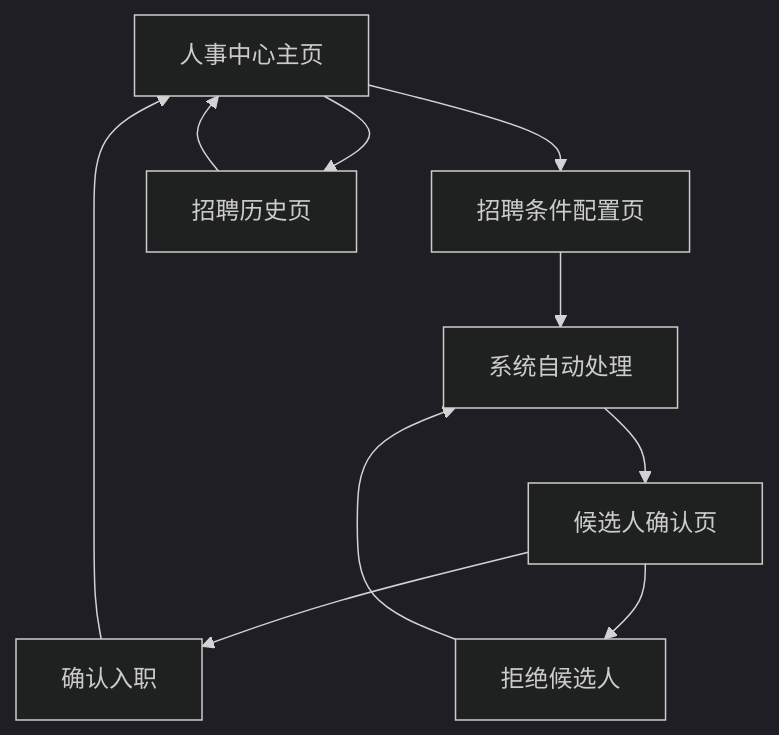
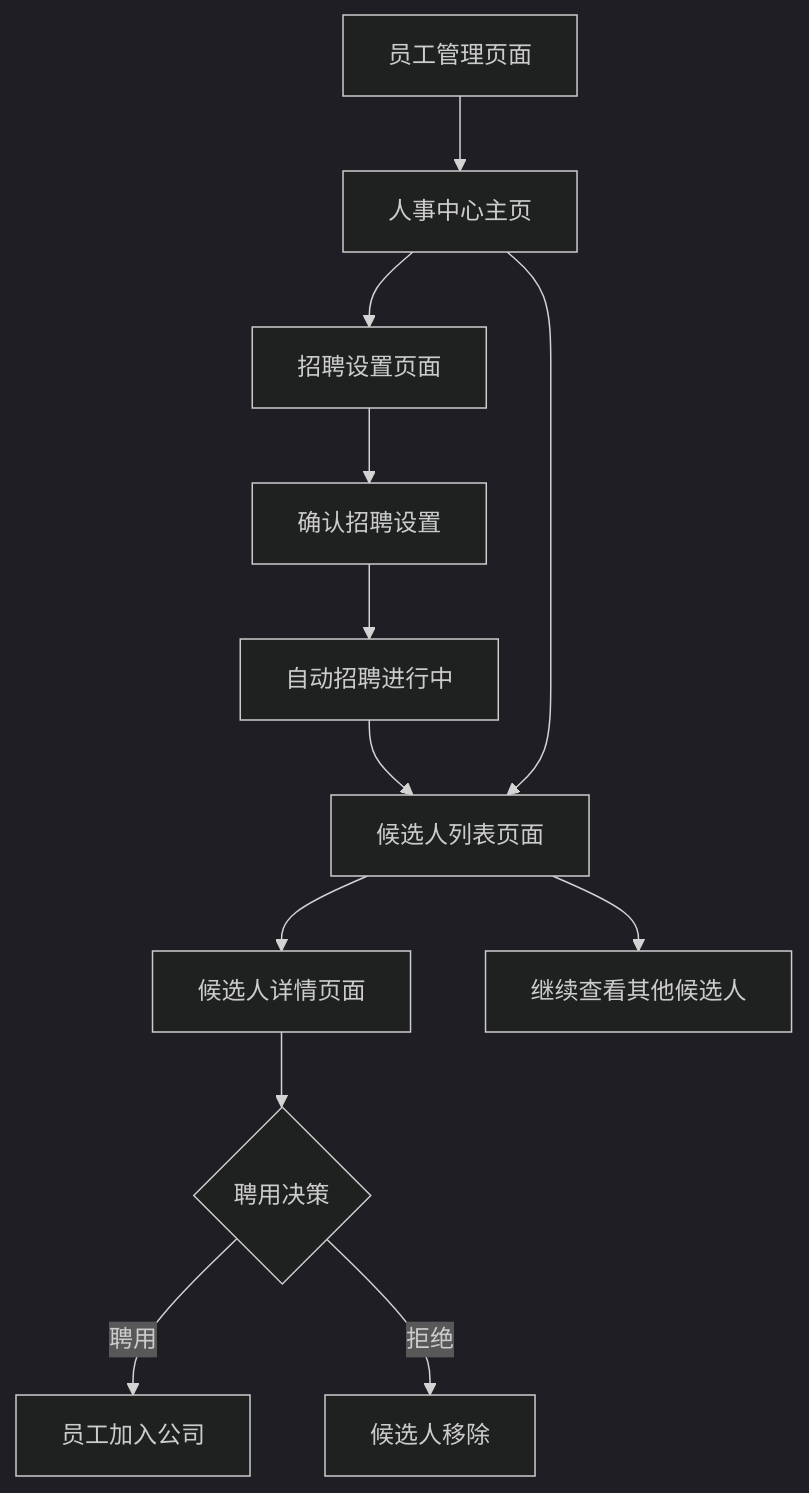
One commit to 1836047093/YCJY changed the diagram in .trae/documents/人事中心自动化招聘功能产品需求文档.md. Above: the diagram before and after it, drawn with Mermaid (dark theme). The commit also changed other lines of this file and 35 other files, not shown here.

````diff
--- a/.trae/documents/人事中心自动化招聘功能产品需求文档.md
+++ b/.trae/documents/人事中心自动化招聘功能产品需求文档.md
@@ -52,12 +51,14 @@
 ```mermaid
 graph TD
-    A[人事中心主页] --> B[招聘条件配置页]
-    B --> C[系统自动处理]
-    C --> D[候选人确认页]
-    D --> E[确认入职]
-    D --> F[拒绝候选人]
-    E --> A
-    F --> C
-    A --> G[招聘历史页]
-    G --> A
+    A[员工管理页面] --> B[人事中心主页]
+    B --> C[招聘设置页面]
+    C --> D[确认招聘设置]
+    D --> E[自动招聘进行中]
+    E --> F[候选人列表页面]
+    F --> G[候选人详情页面]
+    G --> H{聘用决策}
+    H -->|聘用| I[员工加入公司]
+    H -->|拒绝| J[候选人移除]
+    F --> K[继续查看其他候选人]
+    B --> F
 ```
````
